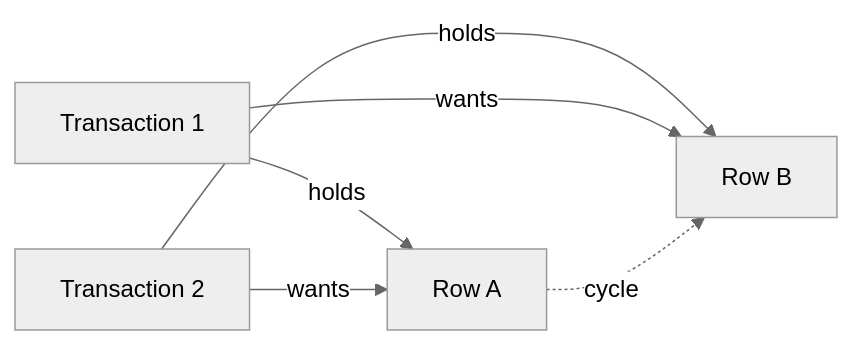
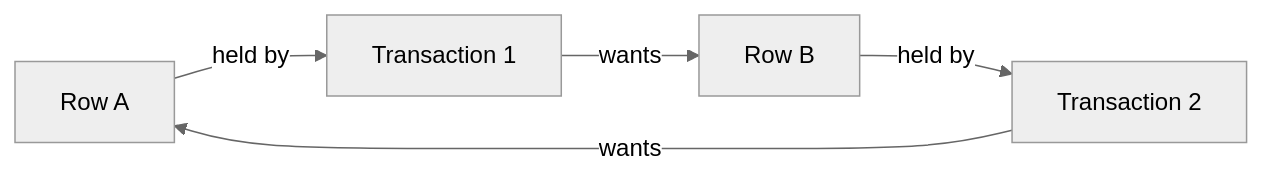
The first of 2 diagrams in content/post/deadlock-detection-and-prevention.md (vabs/vabs.github.io), drawn with Mermaid (neutral theme) before and after one commit. The commit also changed 87 other files, not shown here.

First line of the commit message:
Fix: Readable mermaid diagrams and fact-check blog posts

```diff
--- a/content/post/deadlock-detection-and-prevention.md
+++ b/content/post/deadlock-detection-and-prevention.md
@@ -27,8 +27,7 @@
 {{< mermaid >}}
 graph LR
-    T1["Transaction 1"] -->|"holds"| A["Row A"]
-    T2["Transaction 2"] -->|"holds"| B["Row B"]
+    A["Row A"] -->|"held by"| T1["Transaction 1"]
+    B["Row B"] -->|"held by"| T2["Transaction 2"]
     T1 -->|"wants"| B
     T2 -->|"wants"| A
-    A -.->|"cycle"| B
 {{< /mermaid >}}
```
